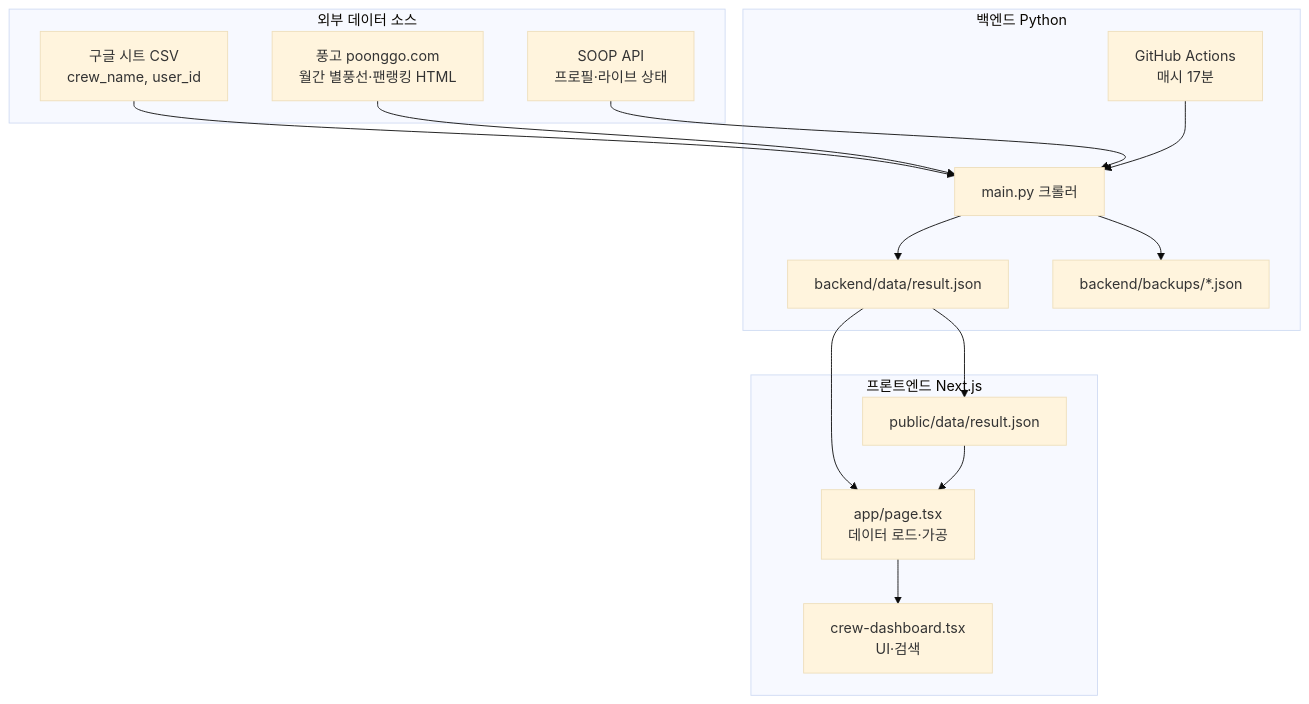
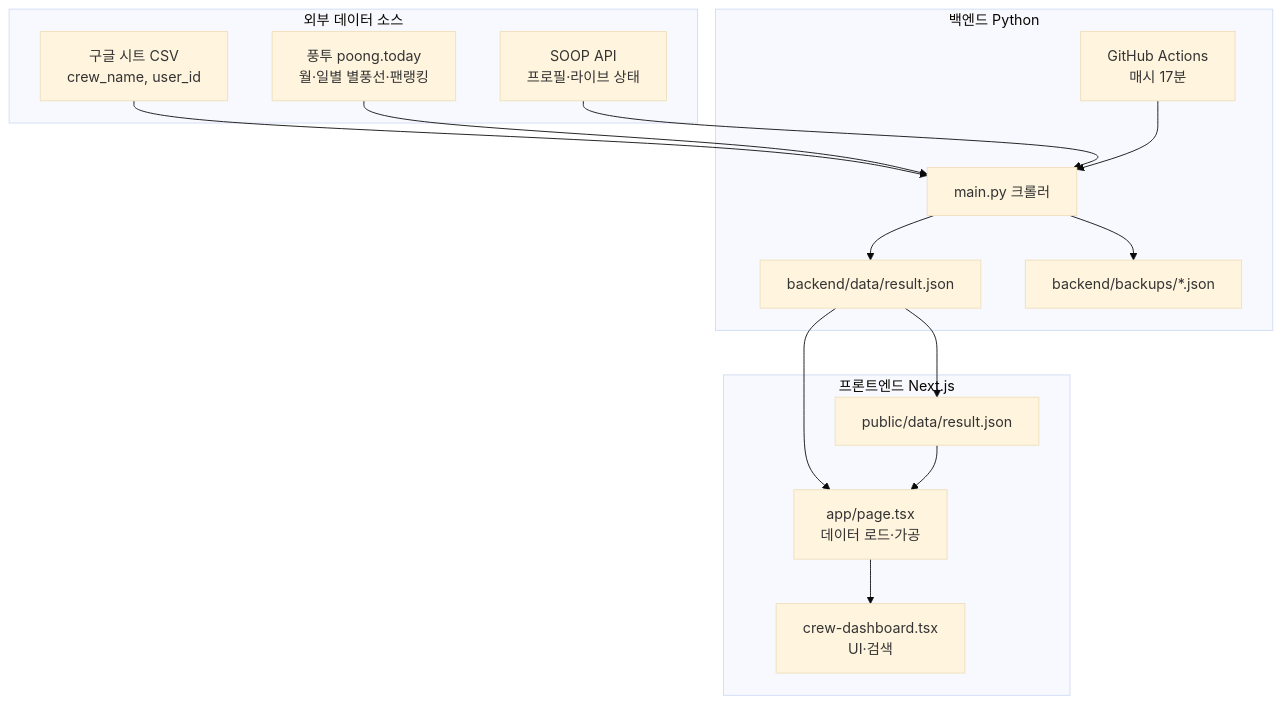
Before and after one commit to jojimedia/naksoo-project: the diagram in docs/PROJECT_DESIGN.md, drawn with Mermaid (base theme). The commit also changed other lines of this file and 21 other files, not shown here.

````diff
--- a/docs/PROJECT_DESIGN.md
+++ b/docs/PROJECT_DESIGN.md
@@ -135,32 +139,32 @@
 ```mermaid
 flowchart TB
     subgraph sources [외부 데이터 소스]
         GS[구글 시트 CSV<br/>crew_name, user_id]
-        PG[풍고 poonggo.com<br/>월간 별풍선·팬랭킹 HTML]
+        PG[풍투 poong.today<br/>월·일별 별풍선·팬랭킹]
         SOOP[SOOP API<br/>프로필·라이브 상태]
     end
 
     subgraph backend [백엔드 Python]
         CRON[GitHub Actions<br/>매시 17분]
         MAIN[main.py 크롤러]
         JSON[backend/data/result.json]
         BAK[backend/backups/*.json]
     end
 
     subgraph frontend [프론트엔드 Next.js]
         PAGE[app/page.tsx<br/>데이터 로드·가공]
         DASH[crew-dashboard.tsx<br/>UI·검색]
         PUB[public/data/result.json]
     end
 
     GS --> MAIN
     PG --> MAIN
     SOOP --> MAIN
     CRON --> MAIN
     MAIN --> JSON
     MAIN --> BAK
     JSON --> PUB
     JSON --> PAGE
     PUB --> PAGE
     PAGE --> DASH
 ```
````
